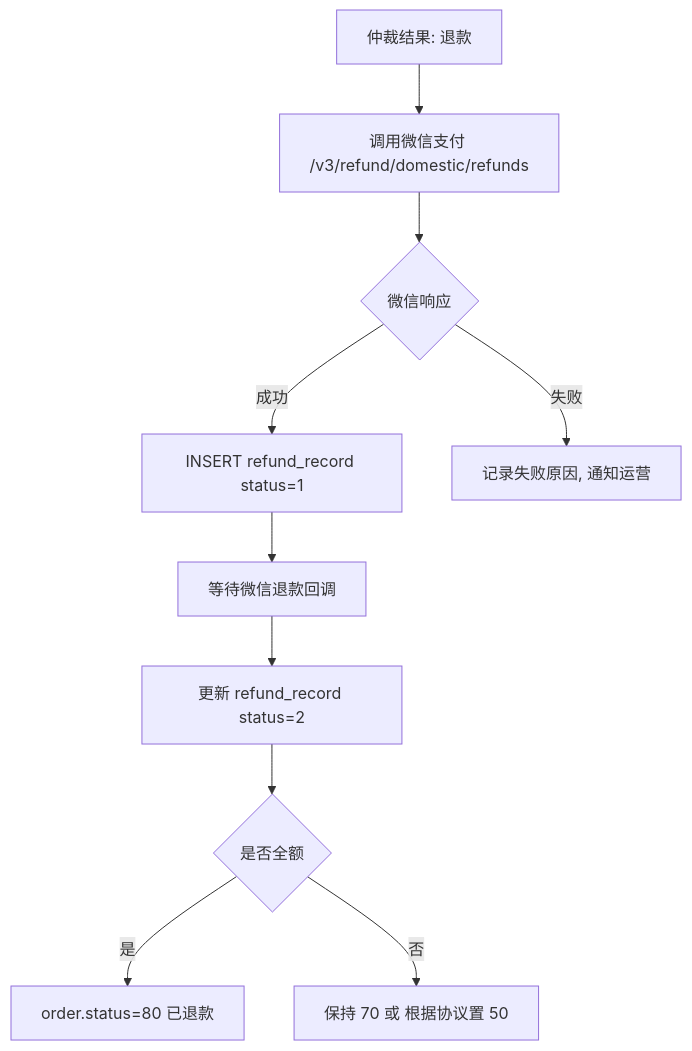
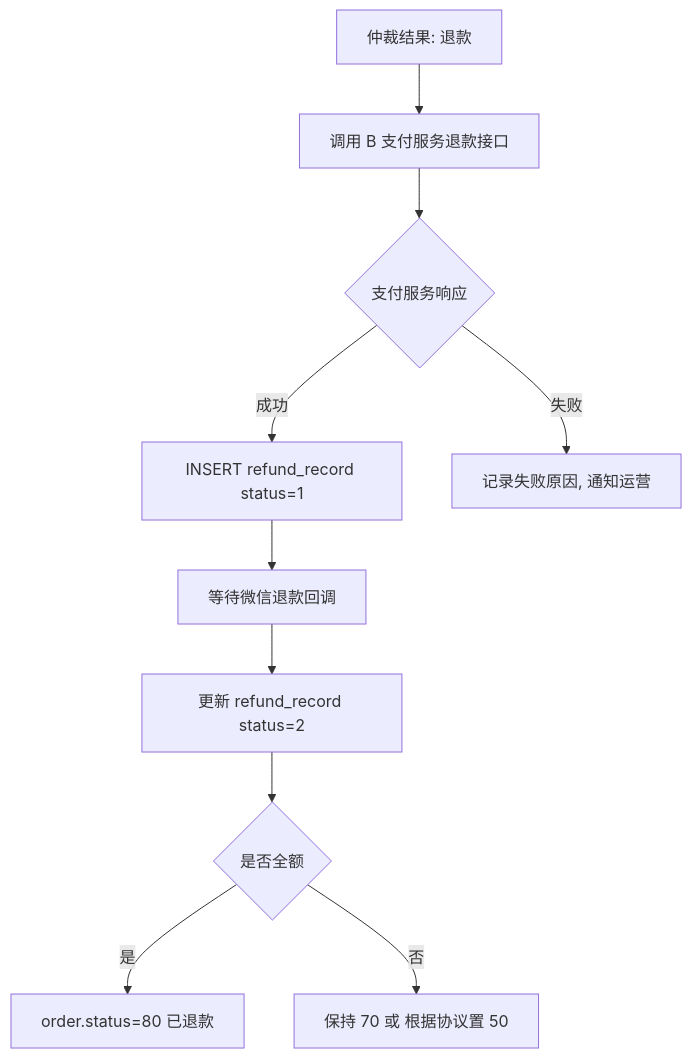
One commit to wan300/jijiang changed diagram 12 of 15 in docs/06-核心业务流程.md. Above: the diagram before and after it, drawn with Mermaid. The commit also changed other lines of this file and 91 other files, not shown here.

````diff
--- a/docs/06-核心业务流程.md
+++ b/docs/06-核心业务流程.md
@@ -423,12 +431,12 @@
 ```mermaid
 flowchart TD
-    A[仲裁结果: 退款] --> B[调用微信支付 /v3/refund/domestic/refunds]
-    B --> C{微信响应}
+    A[仲裁结果: 退款] --> B[调用 B 支付服务退款接口]
+    B --> C{支付服务响应}
     C -- 成功 --> D[INSERT refund_record status=1]
     C -- 失败 --> E[记录失败原因, 通知运营]
     D --> F[等待微信退款回调]
     F --> G[更新 refund_record status=2]
     G --> H{是否全额}
     H -- 是 --> I[order.status=80 已退款]
     H -- 否 --> J[保持 70 或 根据协议置 50]
 ```
````
